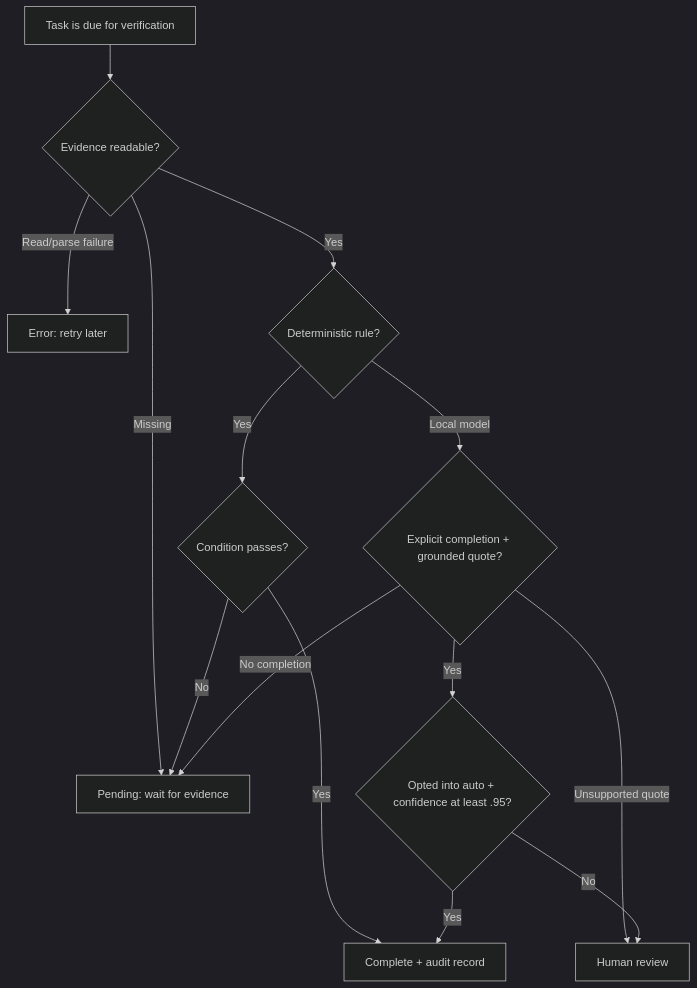
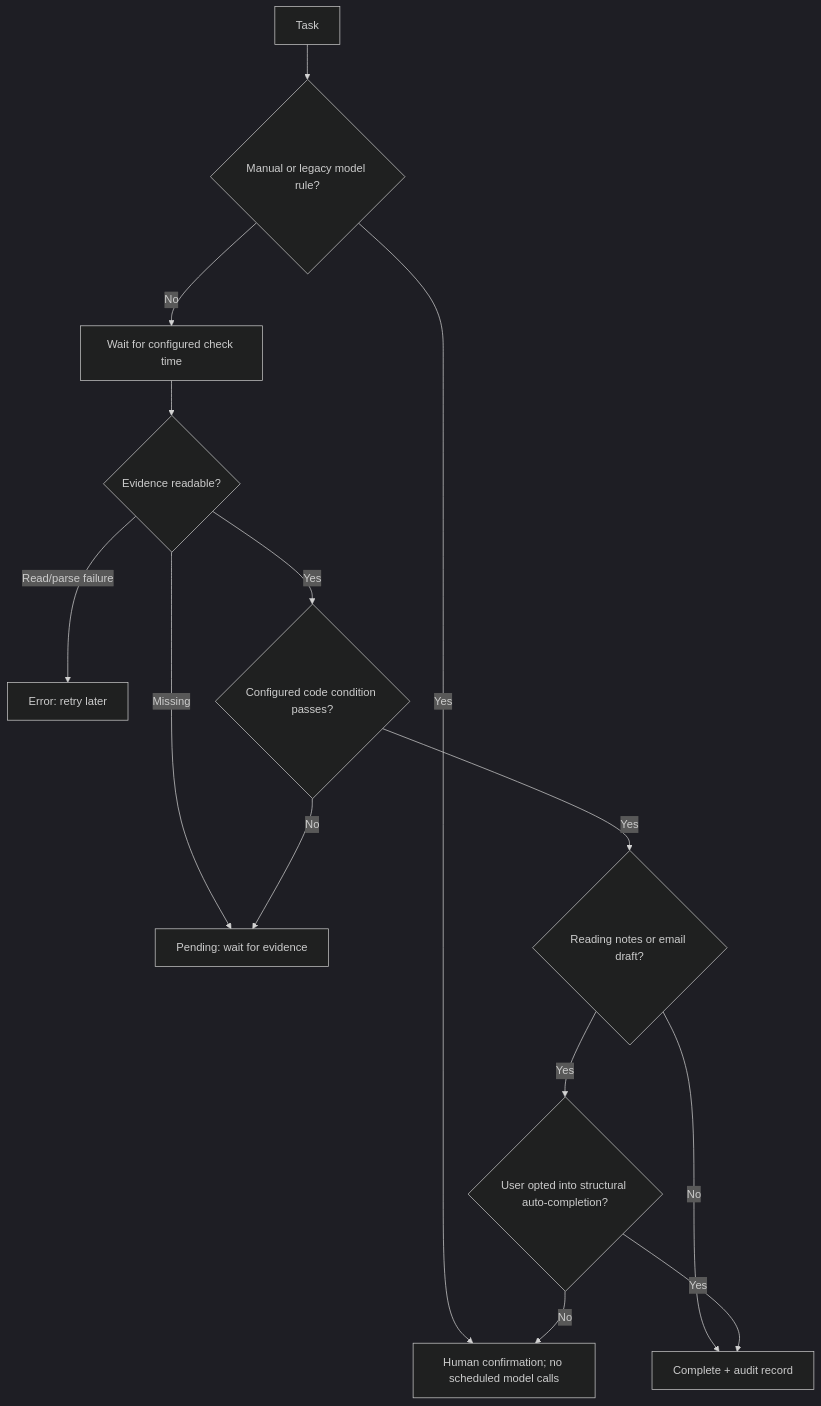
One commit to airesearchjishengyin/dayproof changed the diagram in docs/architecture.md. Above: the diagram before and after it, drawn with Mermaid (dark theme). The commit also changed other lines of this file and 5 other files, not shown here.

````diff
--- a/docs/architecture.md
+++ b/docs/architecture.md
@@ -7,16 +7,16 @@
 ```mermaid
 flowchart TD
-  A[Task is due for verification] --> B{Evidence readable?}
+  A[Task] --> R{Manual or legacy model rule?}
+  R -->|Yes| I[Human confirmation; no scheduled model calls]
+  R -->|No| S[Wait for configured check time]
+  S --> B{Evidence readable?}
   B -->|Missing| C[Pending: wait for evidence]
   B -->|Read/parse failure| D[Error: retry later]
-  B -->|Yes| E{Deterministic rule?}
-  E -->|Yes| F{Condition passes?}
-  F -->|Yes| G[Complete + audit record]
+  B -->|Yes| F{Configured code condition passes?}
+  F -->|Yes| O{Reading notes or email draft?}
+  O -->|No| G[Complete + audit record]
+  O -->|Yes| P{User opted into structural auto-completion?}
+  P -->|Yes| G
+  P -->|No| I
   F -->|No| C
-  E -->|Local model| H{Explicit completion + grounded quote?}
-  H -->|No completion| C
-  H -->|Unsupported quote| I[Human review]
-  H -->|Yes| J{Opted into auto + confidence at least .95?}
-  J -->|Yes| G
-  J -->|No| I
 ```
````
